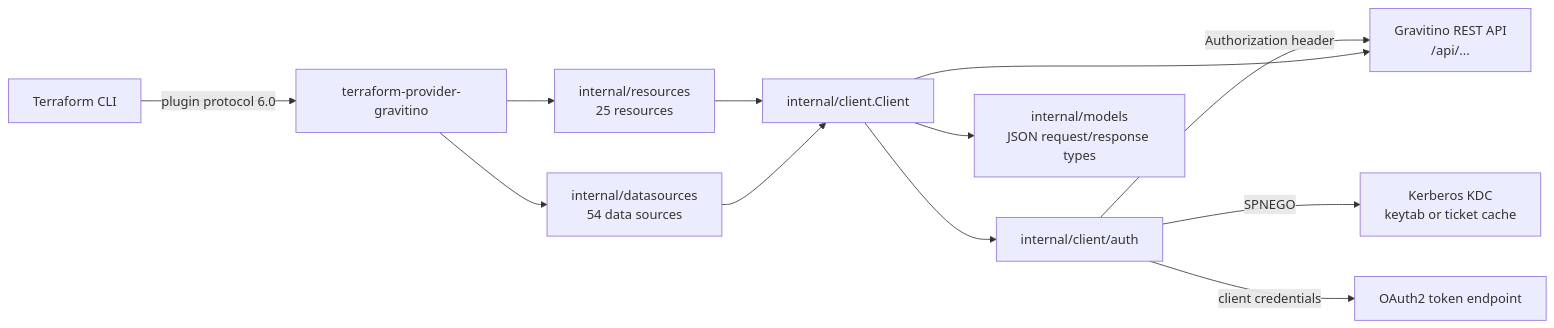
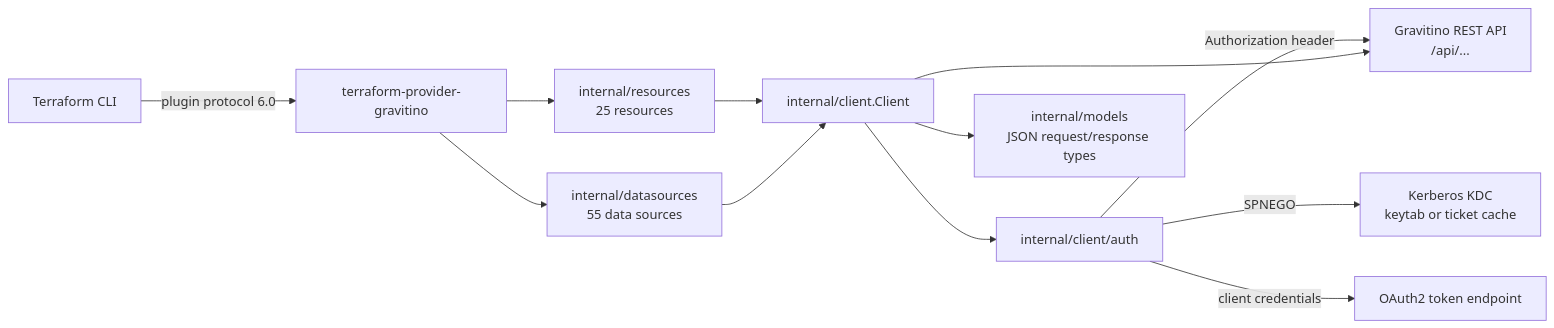
Before and after one commit to caberdo/terraform-provider-gravitino: the diagram in ARCHITECTURE.md, drawn with Mermaid. The commit also changed other lines of this file and 178 other files, not shown here.

````diff
--- a/ARCHITECTURE.md
+++ b/ARCHITECTURE.md
@@ -18,14 +18,14 @@
 ```mermaid
 graph LR
   TF["Terraform CLI"] -->|plugin protocol 6.0| P["terraform-provider-gravitino"]
   P --> R["internal/resources<br/>25 resources"]
-  P --> D["internal/datasources<br/>54 data sources"]
+  P --> D["internal/datasources<br/>55 data sources"]
   R --> C["internal/client.Client"]
   D --> C
   C --> AUTH["internal/client/auth"]
   C --> MODELS["internal/models<br/>JSON request/response types"]
   AUTH -->|Authorization header| API["Gravitino REST API<br/>/api/..."]
   C --> API
   AUTH -->|SPNEGO| KDC["Kerberos KDC<br/>keytab or ticket cache"]
   AUTH -->|client credentials| TOKEN["OAuth2 token endpoint"]
 ```
````
